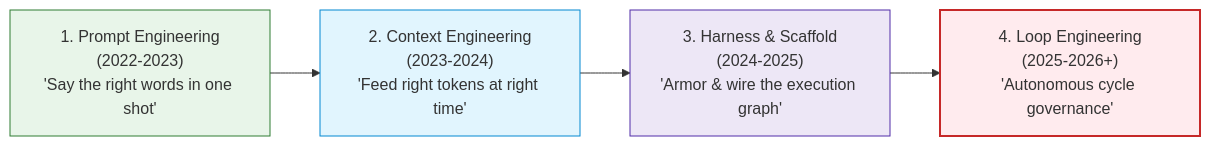
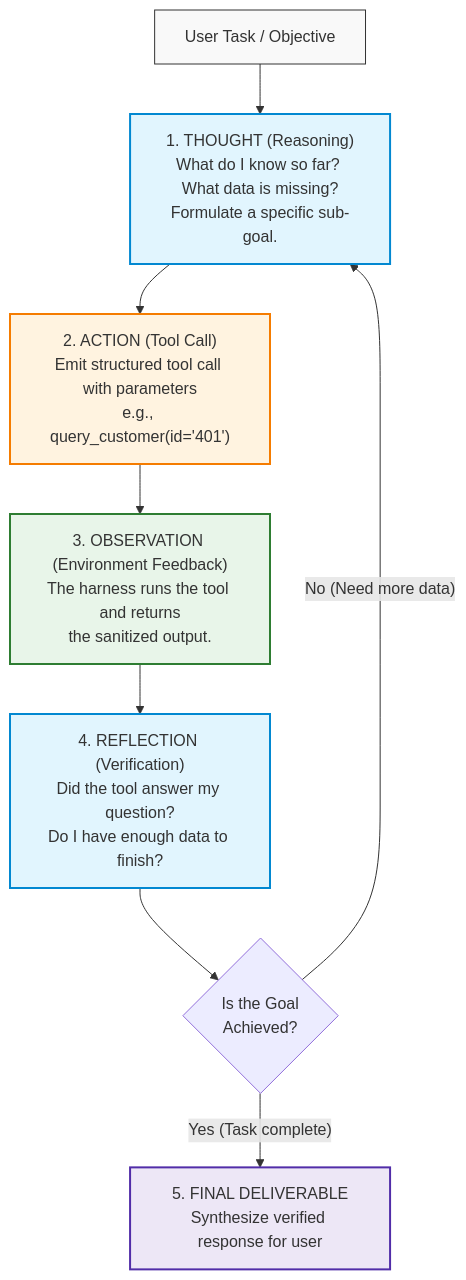
The third of 4 diagrams in 04-agentic-systems-and-orchestration/02-react-loops-and-execution-governors.md (dip4k/senior-engineer-to-ai-engineer-roadmap), drawn with Mermaid before and after one commit. The commit also changed other lines of this file and 11 other files, not shown here.

Commit message:
refactor(phase-04): deepen harness and loop engineering with learner-friendly pedagogy

````diff
--- a/04-agentic-systems-and-orchestration/02-react-loops-and-execution-governors.md
+++ b/04-agentic-systems-and-orchestration/02-react-loops-and-execution-governors.md
@@ -157,12 +130,21 @@
 ```mermaid
-flowchart LR
-    classDef d1 fill:#e8f5e9,stroke:#2e7d32,stroke-width:1px;
-    classDef d2 fill:#e1f5fe,stroke:#0288d1,stroke-width:1px;
-    classDef d3 fill:#ede7f6,stroke:#512da8,stroke-width:1px;
-    classDef d4 fill:#ffebee,stroke:#c62828,stroke-width:2px;
+flowchart TD
+    classDef step fill:#f9f9f9,stroke:#333,stroke-width:1px;
+    classDef thought fill:#e1f5fe,stroke:#0288d1,stroke-width:2px;
+    classDef action fill:#fff3e0,stroke:#f57c00,stroke-width:2px;
+    classDef obs fill:#e8f5e9,stroke:#2e7d32,stroke-width:2px;
+    classDef term fill:#ede7f6,stroke:#512da8,stroke-width:2px;
 
-    D1["1. Prompt Engineering\n(2022-2023)\n'Say the right words in one shot'"]:::d1
-    --> D2["2. Context Engineering\n(2023-2024)\n'Feed right tokens at right time'"]:::d2
-    --> D3["3. Harness & Scaffold\n(2024-2025)\n'Armor & wire the execution graph'"]:::d3
-    --> D4["4. Loop Engineering\n(2025-2026+)\n'Autonomous cycle governance'"]:::d4
+    Goal["User Task / Objective"]:::step --> T1["1. THOUGHT (Reasoning)\nWhat do I know so far? What data is missing?\nFormulate a specific sub-goal."]:::thought
+    
+    T1 --> A1["2. ACTION (Tool Call)\nEmit structured tool call with parameters\ne.g., query_customer(id='401')"]:::action
+    
+    A1 --> O1["3. OBSERVATION (Environment Feedback)\nThe harness runs the tool and returns\nthe sanitized output."]:::obs
+    
+    O1 --> R1["4. REFLECTION (Verification)\nDid the tool answer my question?\nDo I have enough data to finish?"]:::thought
+    
+    R1 --> Check{"Is the Goal\nAchieved?"}
+    
+    Check -- "No (Need more data)" --> T1
+    Check -- "Yes (Task complete)" --> Final["5. FINAL DELIVERABLE\nSynthesize verified response for user"]:::term
 ```
````
